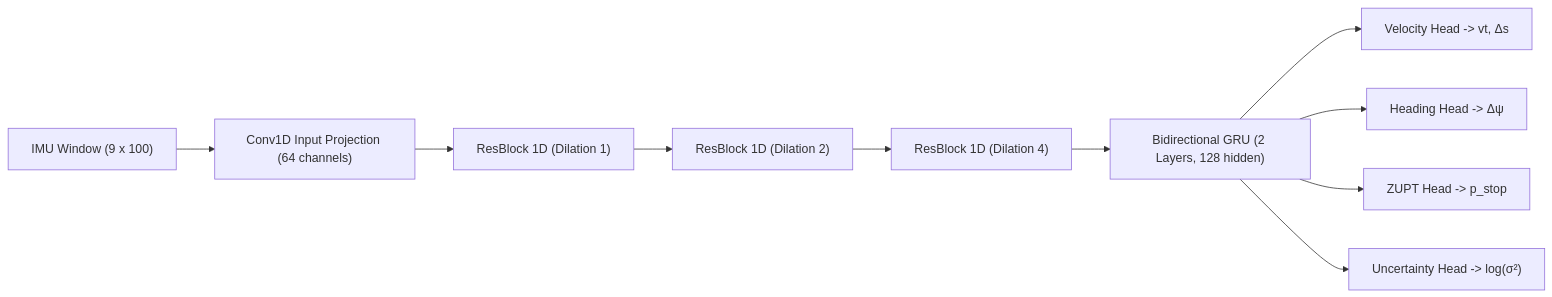
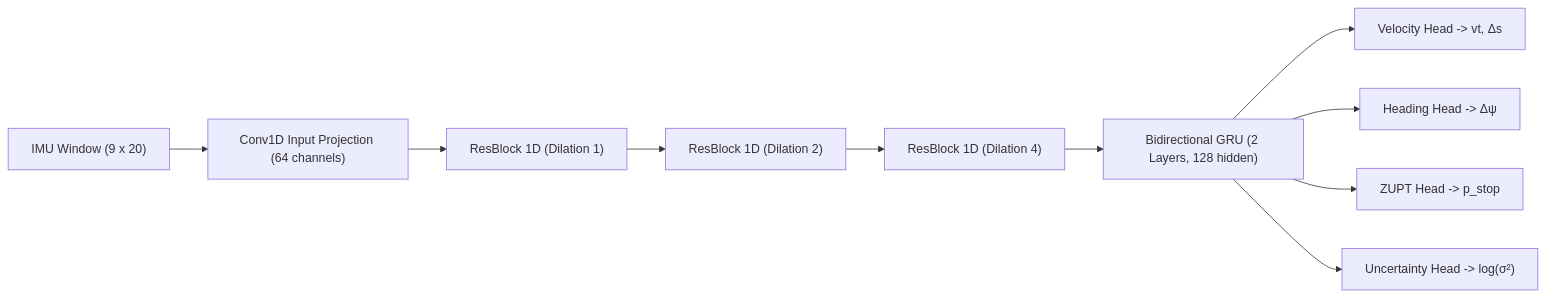
The diagram in docs/ARCHITECTURE.md (rk-roshan-kr/navisense-idr-sih-26168), drawn with Mermaid before and after one commit. The commit also changed other lines of this file, not shown here.

Commit message:
Fix ARCHITECTURE.md: W=20/2.0s (not 100/1.0s), mermaid label 9x20, remove PASSED self-verdicts, label E/M for estimated vs measured numbers

````diff
--- a/docs/ARCHITECTURE.md
+++ b/docs/ARCHITECTURE.md
@@ -98,12 +98,12 @@
 ```mermaid
 graph LR
-    Input["IMU Window (9 x 100)"] --> Proj["Conv1D Input Projection (64 channels)"]
+    Input["IMU Window (9 x 20)"] --> Proj["Conv1D Input Projection (64 channels)"]
     Proj --> Res1["ResBlock 1D (Dilation 1)"]
     Res1 --> Res2["ResBlock 1D (Dilation 2)"]
     Res2 --> Res3["ResBlock 1D (Dilation 4)"]
     Res3 --> BiGRU["Bidirectional GRU (2 Layers, 128 hidden)"]
     BiGRU --> HeadV["Velocity Head -> vt, Δs"]
     BiGRU --> HeadPsi["Heading Head -> Δψ"]
     BiGRU --> HeadStop["ZUPT Head -> p_stop"]
     BiGRU --> HeadVar["Uncertainty Head -> log(σ²)"]
 ```
````
